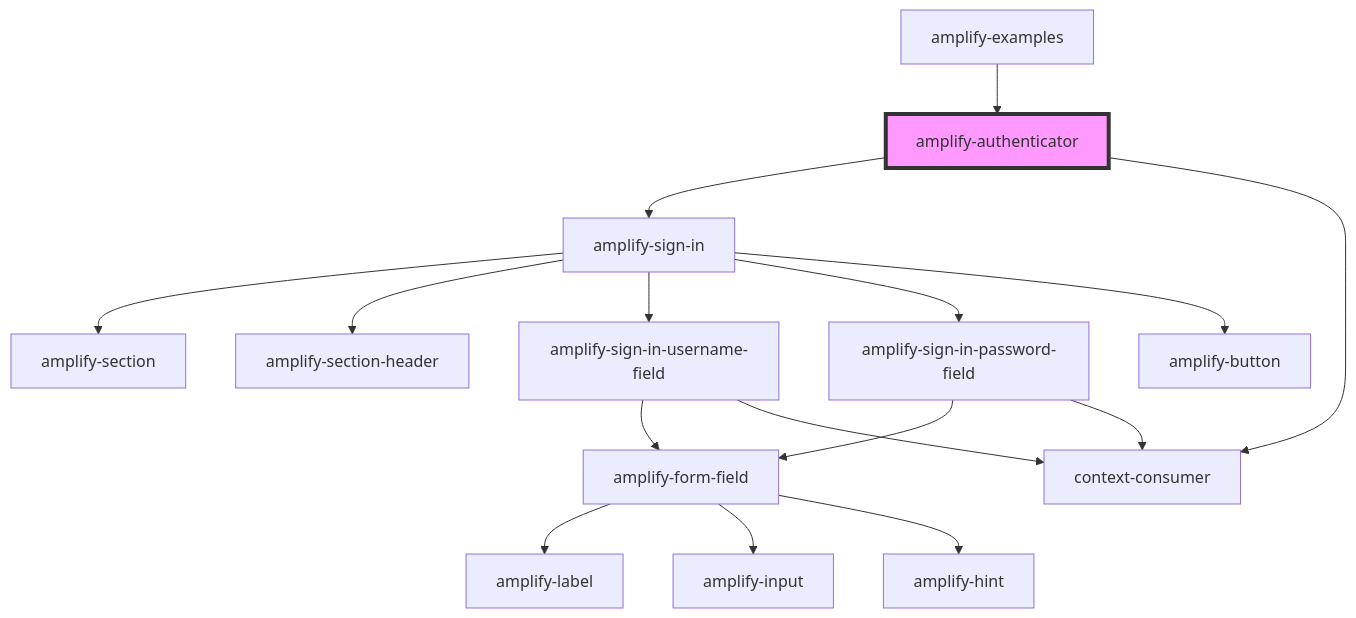
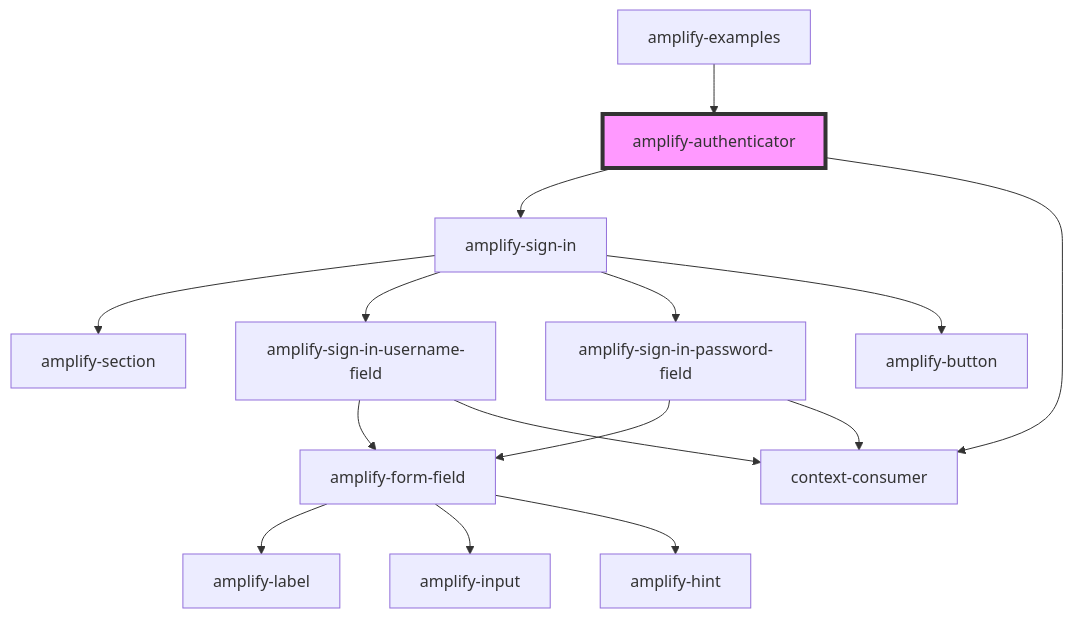
Before and after one commit to OneDev0411/amplify-js: the diagram in packages/amplify-ui-components/src/components/amplify-authenticator/readme.md, drawn with Mermaid. The commit also changed 16 other files, not shown here.

````diff
--- a/packages/amplify-ui-components/src/components/amplify-authenticator/readme.md
+++ b/packages/amplify-ui-components/src/components/amplify-authenticator/readme.md
@@ -36,19 +36,18 @@
 ```mermaid
 graph TD;
   amplify-authenticator --> amplify-sign-in
   amplify-authenticator --> context-consumer
   amplify-sign-in --> amplify-section
-  amplify-sign-in --> amplify-section-header
   amplify-sign-in --> amplify-sign-in-username-field
   amplify-sign-in --> amplify-sign-in-password-field
   amplify-sign-in --> amplify-button
   amplify-sign-in-username-field --> amplify-form-field
   amplify-sign-in-username-field --> context-consumer
   amplify-form-field --> amplify-label
   amplify-form-field --> amplify-input
   amplify-form-field --> amplify-hint
   amplify-sign-in-password-field --> amplify-form-field
   amplify-sign-in-password-field --> context-consumer
   amplify-examples --> amplify-authenticator
   style amplify-authenticator fill:#f9f,stroke:#333,stroke-width:4px
 ```
````
